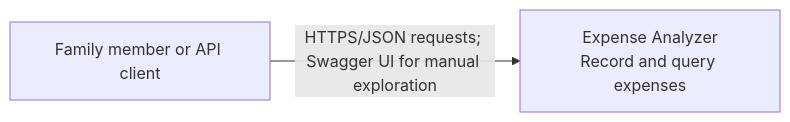
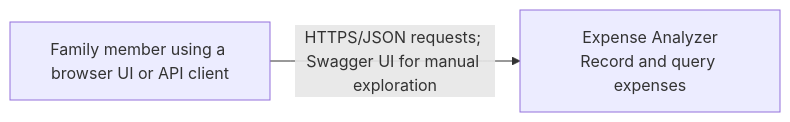
The first of 2 diagrams in docs/architecture.md (baharehfakhriyeh/expense-analyzer), drawn with Mermaid before and after one commit. The commit also changed other lines of this file and 10 other files, not shown here.

````diff
--- a/docs/architecture.md
+++ b/docs/architecture.md
@@ -11,6 +11,6 @@
 ```mermaid
 flowchart LR
-    Member[Family member or API client]
+    Member[Family member using a browser UI or API client]
     System[Expense Analyzer<br/>Record and query expenses]
     Member -->|HTTPS/JSON requests; Swagger UI for manual exploration| System
 ```
````
